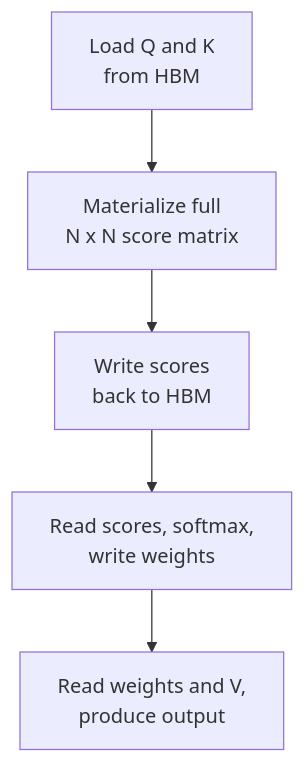
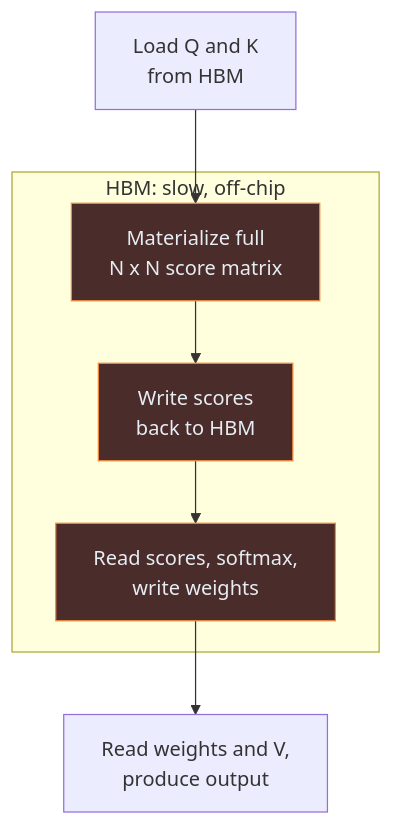
Before and after one commit to danilop/micro-gpt-and-beyond: the diagram in walk-the-code/diagrams/tiled_standard.mmd, drawn with Mermaid. The commit also changed 59 other files, not shown here.

```diff
--- a/walk-the-code/diagrams/tiled_standard.mmd
+++ b/walk-the-code/diagrams/tiled_standard.mmd
@@ -1,6 +1,15 @@
+%% palette: costly = slow off-chip memory / recomputation / waste
 graph TD
+    subgraph hbm[HBM: slow, off-chip]
+        s_att[Materialize full<br/>N x N score matrix]
+        s_write[Write scores<br/>back to HBM]
+        s_softmax[Read scores, softmax,<br/>write weights]
+    end
     s_qk[Load Q and K<br/>from HBM]
-    s_qk --> s_att[Materialize full<br/>N x N score matrix]
-    s_att --> s_write[Write scores<br/>back to HBM]
-    s_write --> s_softmax[Read scores, softmax,<br/>write weights]
-    s_softmax --> s_out[Read weights and V,<br/>produce output]
+    s_out[Read weights and V,<br/>produce output]
+    s_qk --> s_att
+    s_att --> s_write
+    s_write --> s_softmax
+    s_softmax --> s_out
+    classDef costly fill:#4a2c2a,stroke:#f0883e,color:#e6edf3
+    class s_att,s_write,s_softmax costly
```
